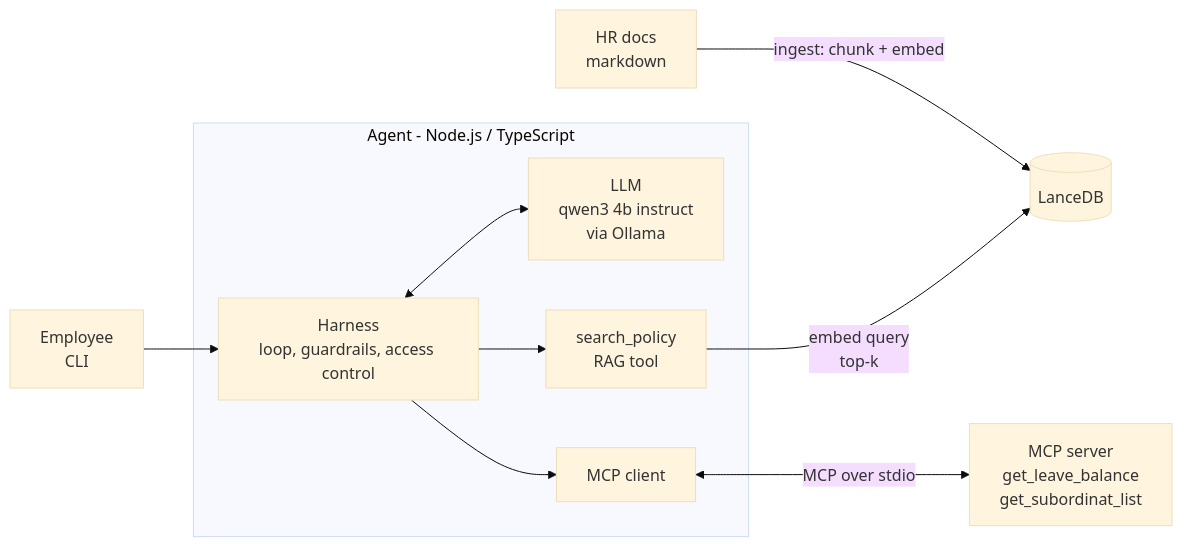
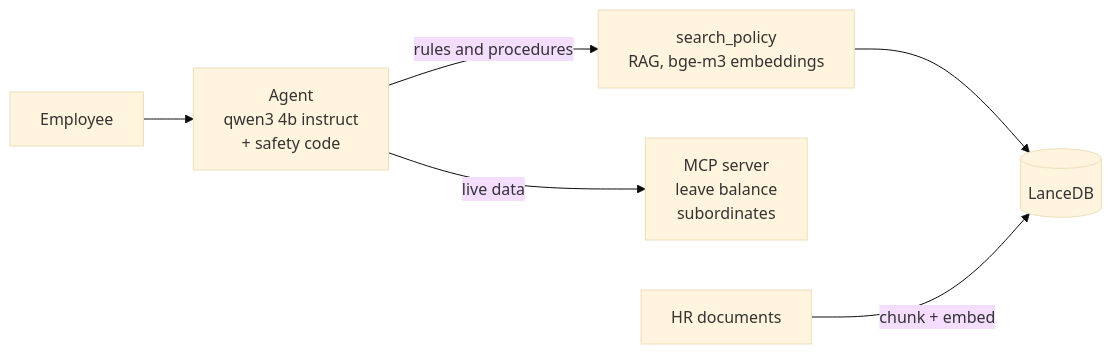
The diagram in README.md (AP-143/hr-assistant-agent), drawn with Mermaid (base theme) before and after one commit. The commit also changed other lines of this file, not shown here.

````diff
--- a/README.md
+++ b/README.md
@@ -20,12 +16,8 @@
 ```mermaid
 flowchart LR
-    U[Employee<br/>CLI] --> H
-    subgraph AGENT[Agent - Node.js / TypeScript]
-        H[Harness<br/>loop, guardrails, access control] <--> L[LLM<br/>qwen3 4b instruct<br/>via Ollama]
-        H --> S[search_policy<br/>RAG tool]
-        H --> C[MCP client]
-    end
-    D[HR docs<br/>markdown] -->|ingest: chunk + embed| V[(LanceDB)]
-    S -->|embed query<br/>top-k| V
-    C <-->|MCP over stdio| M[MCP server<br/>get_leave_balance<br/>get_subordinat_list]
+    U[Employee] --> A[Agent<br/>qwen3 4b instruct<br/>+ safety code]
+    A -->|rules and procedures| R[search_policy<br/>RAG, bge-m3 embeddings]
+    A -->|live data| M[MCP server<br/>leave balance<br/>subordinates]
+    R --> V[(LanceDB)]
+    D[HR documents] -->|chunk + embed| V
 ```
````
